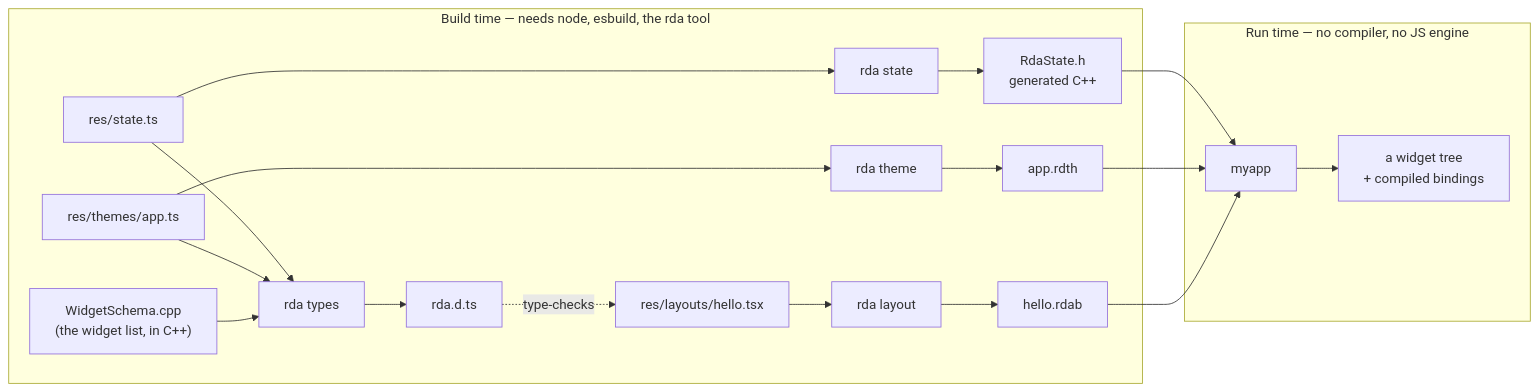
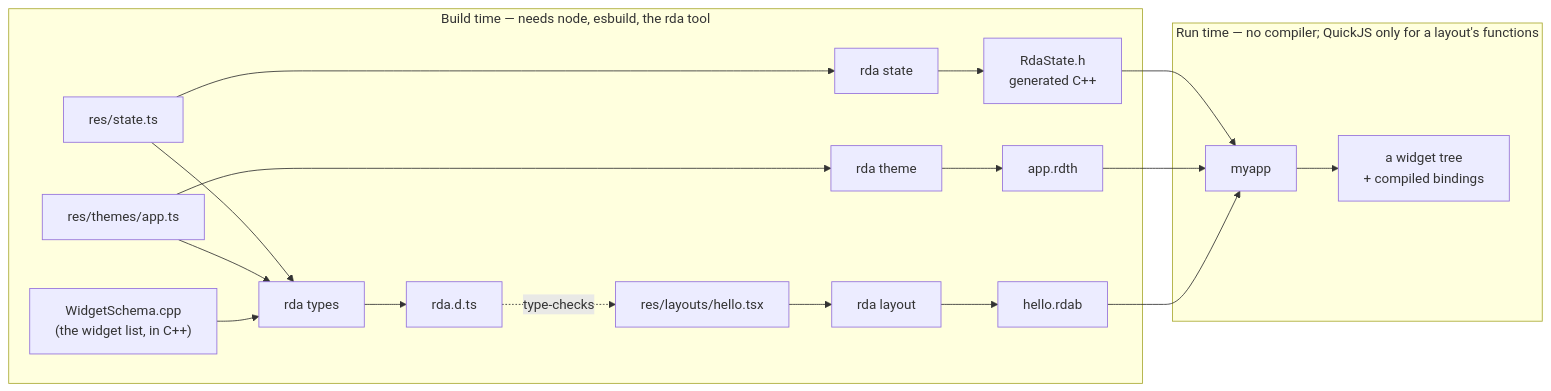
Before and after one commit to ScraptRo/RendeerAlpha: the diagram in docs/architecture/two-halves.md, drawn with Mermaid. The commit also changed other lines of this file and 170 other files, not shown here.

````diff
--- a/docs/architecture/two-halves.md
+++ b/docs/architecture/two-halves.md
@@ -8,29 +8,29 @@
 ```mermaid
 flowchart LR
     subgraph authoring["Build time — needs node, esbuild, the rda tool"]
         srcState["res/state.ts"]
         srcTheme["res/themes/app.ts"]
         srcLayout["res/layouts/hello.tsx"]
         srcSchema["WidgetSchema.cpp<br/>(the widget list, in C++)"]
 
         srcState --> rdaState["rda state"]
         srcState --> rdaTypes["rda types"]
         srcTheme --> rdaTheme["rda theme"]
         srcTheme --> rdaTypes
         srcSchema --> rdaTypes
         srcLayout --> rdaLayout["rda layout"]
 
         rdaState --> hdr["RdaState.h<br/>generated C++"]
         rdaTheme --> rdth["app.rdth"]
         rdaTypes --> dts["rda.d.ts"]
         rdaLayout --> rdab["hello.rdab"]
         dts -.->|"type-checks"| srcLayout
     end
 
-    subgraph runtime["Run time — no compiler, no JS engine"]
+    subgraph runtime["Run time — no compiler; QuickJS only for a layout's functions"]
         hdr --> app["myapp"]
         rdth --> app
         rdab --> app
         app --> widgets["a widget tree<br/>+ compiled bindings"]
     end
 ```
````
